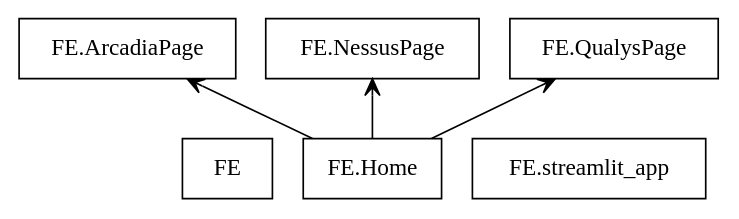
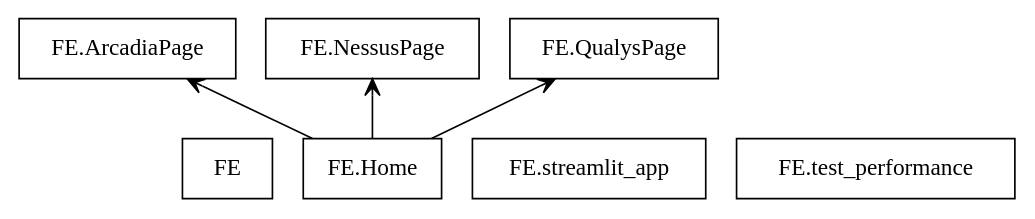
Before and after one commit to ZeMatt90/QID-NessusID-OtherID: the diagram in Doc/packages_ArcadiaFE.dot, drawn with Graphviz. The commit also changed 32 other files, not shown here.

```diff
--- a/Doc/packages_ArcadiaFE.dot
+++ b/Doc/packages_ArcadiaFE.dot
@@ -1,13 +1,14 @@
 digraph "packages_ArcadiaFE" {
 rankdir=BT
 charset="utf-8"
 "FE" [color="black", label=<FE>, shape="box", style="solid"];
 "FE.ArcadiaPage" [color="black", label=<FE.ArcadiaPage>, shape="box", style="solid"];
 "FE.Home" [color="black", label=<FE.Home>, shape="box", style="solid"];
 "FE.NessusPage" [color="black", label=<FE.NessusPage>, shape="box", style="solid"];
 "FE.QualysPage" [color="black", label=<FE.QualysPage>, shape="box", style="solid"];
 "FE.streamlit_app" [color="black", label=<FE.streamlit_app>, shape="box", style="solid"];
+"FE.test_performance" [color="black", label=<FE.test_performance>, shape="box", style="solid"];
 "FE.Home" -> "FE.ArcadiaPage" [arrowhead="open", arrowtail="none"];
 "FE.Home" -> "FE.NessusPage" [arrowhead="open", arrowtail="none"];
 "FE.Home" -> "FE.QualysPage" [arrowhead="open", arrowtail="none"];
 }
```
